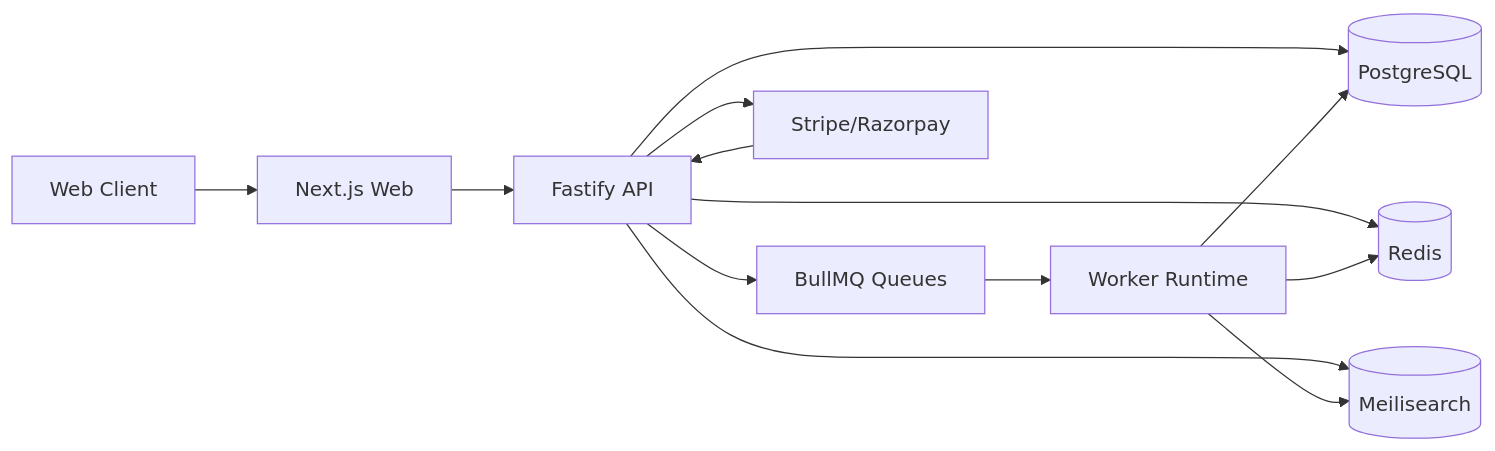
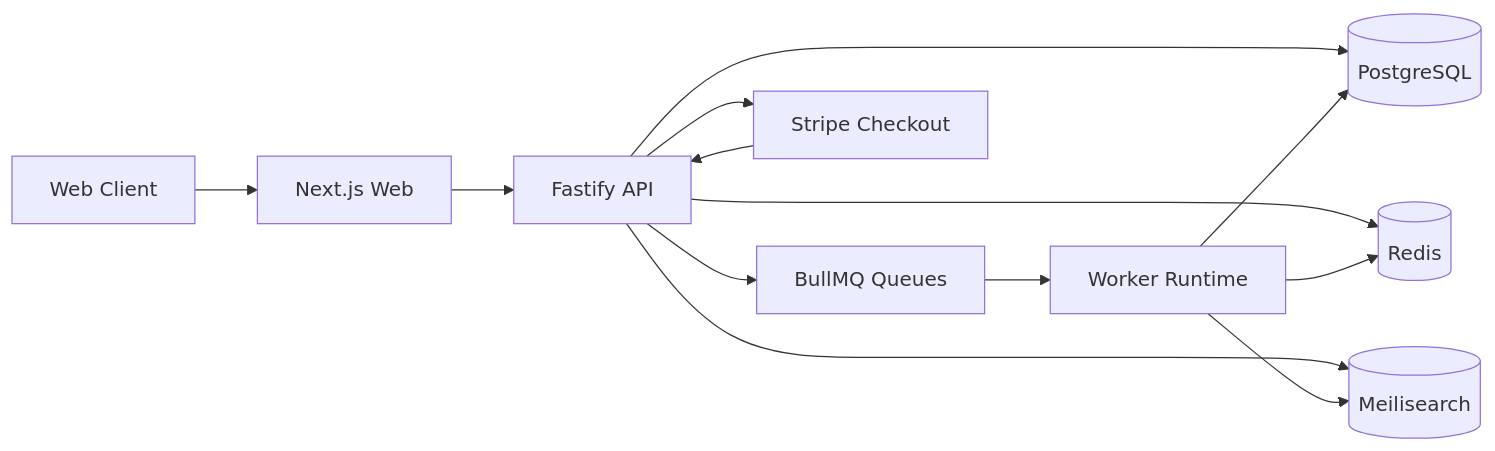
The first of 7 diagrams in README.md (SpySparsh/distributed-commerce-platform), drawn with Mermaid before and after one commit. The commit also changed other lines of this file, not shown here.

Commit message:
Update README for Stripe and lifecycle changes

````diff
--- a/README.md
+++ b/README.md
@@ -50,18 +50,18 @@
 ```mermaid
 flowchart LR
   Browser["Web Client"] --> Web["Next.js Web"]
   Web --> API["Fastify API"]
 
   API --> PG[("PostgreSQL")]
   API --> Redis[("Redis")]
   API --> Search[("Meilisearch")]
   API --> Queue["BullMQ Queues"]
 
   Queue --> Worker["Worker Runtime"]
   Worker --> PG
   Worker --> Redis
   Worker --> Search
 
-  Payments["Stripe/Razorpay"] --> API
+  Payments["Stripe Checkout"] --> API
   API --> Payments
 ```
````
